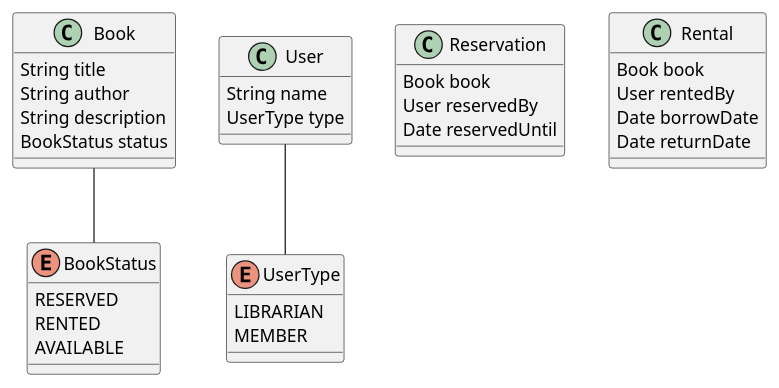
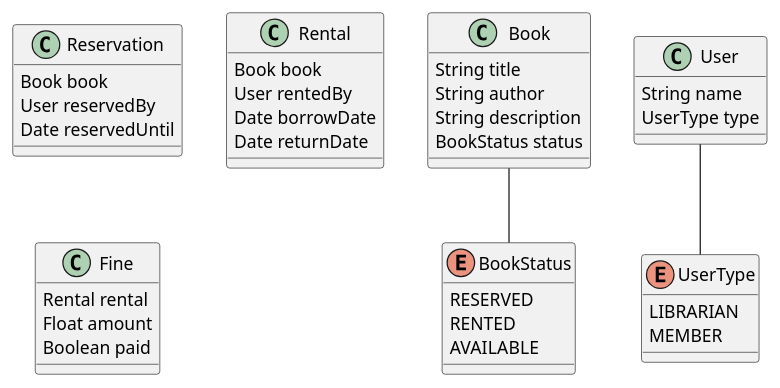
One commit to Crytastic/library-management-system changed the diagram in puml/classDiagram.puml. Above: the diagram before and after it, drawn with PlantUML. The commit also changed 1 other file, not shown here.

Commit message:
Add Fine DTO inside class diagram

```diff
--- a/puml/classDiagram.puml
+++ b/puml/classDiagram.puml
@@ -1,43 +1,49 @@
 @startuml
 
 class Book {
 String title
 String author
 String description
 BookStatus status
 }
 
 class User {
 String name
 UserType type
 }
 
 class Reservation {
 Book book
 User reservedBy
 Date reservedUntil
 }
 
 class Rental {
 Book book
 User rentedBy
 Date borrowDate
 Date returnDate
 }
 
+class Fine {
+Rental rental
+Float amount
+Boolean paid
+}
+
 enum UserType {
 LIBRARIAN
 MEMBER
 }
 
 enum BookStatus {
 RESERVED
 RENTED
 AVAILABLE
 }
 
 Book -- BookStatus
 User -- UserType
 
 
 @enduml
```
